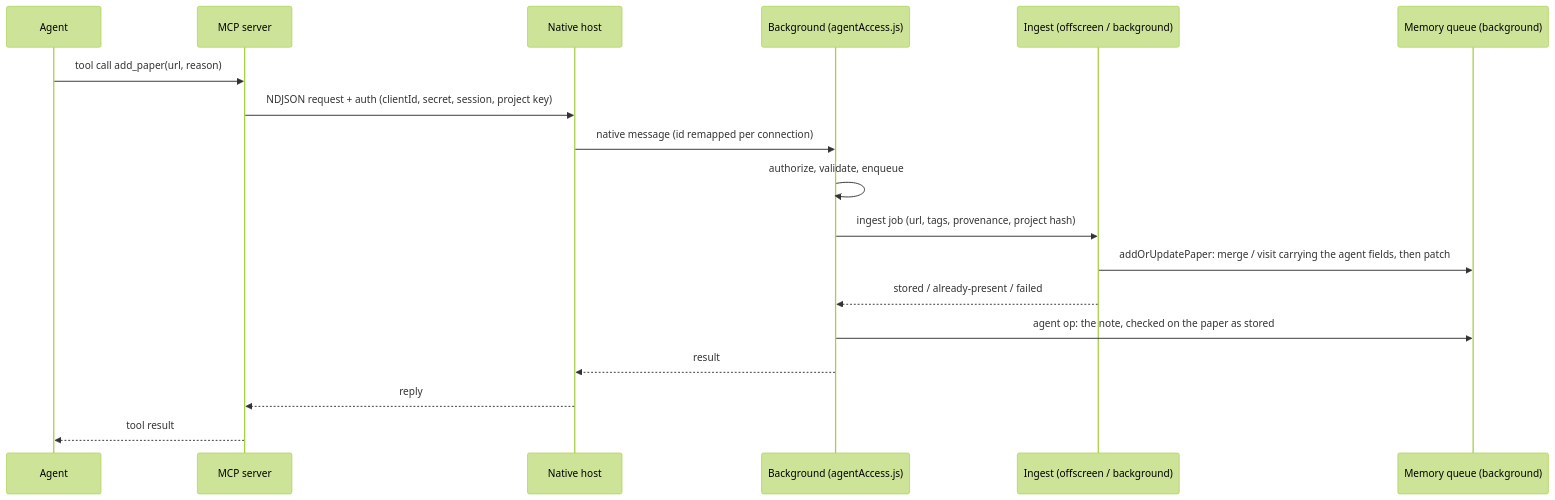
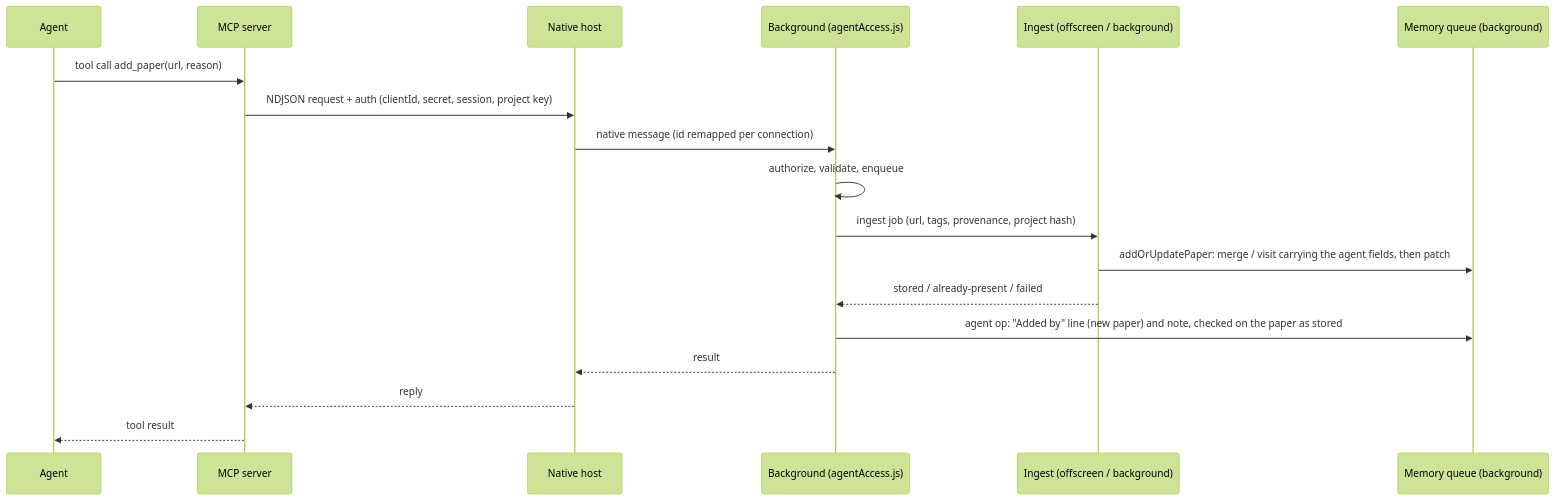
One commit to vict0rsch/PaperMemory changed the second of 2 diagrams in system-architecture.md. Above: the diagram before and after it, drawn with Mermaid (forest theme). The commit also changed other lines of this file and 12 other files, not shown here.

First line of the commit message:
Keep the agent's reason: an Added by line in the note, and released Provenance (#357)

````diff
--- a/system-architecture.md
+++ b/system-architecture.md
@@ -191,20 +191,20 @@
 ```mermaid
 sequenceDiagram
     participant A as Agent
     participant M as MCP server
     participant H as Native host
     participant B as Background (agentAccess.js)
     participant I as Ingest (offscreen / background)
     participant Q as Memory queue (background)
     A->>M: tool call add_paper(url, reason)
     M->>H: NDJSON request + auth (clientId, secret, session, project key)
     H->>B: native message (id remapped per connection)
     B->>B: authorize, validate, enqueue
     B->>I: ingest job (url, tags, provenance, project hash)
     I->>Q: addOrUpdatePaper: merge / visit carrying the agent fields, then patch
     I-->>B: stored / already-present / failed
-    B->>Q: agent op: the note, checked on the paper as stored
+    B->>Q: agent op: "Added by" line (new paper) and note, checked on the paper as stored
     B-->>H: result
     H-->>M: reply
     M-->>A: tool result
 ```
````
